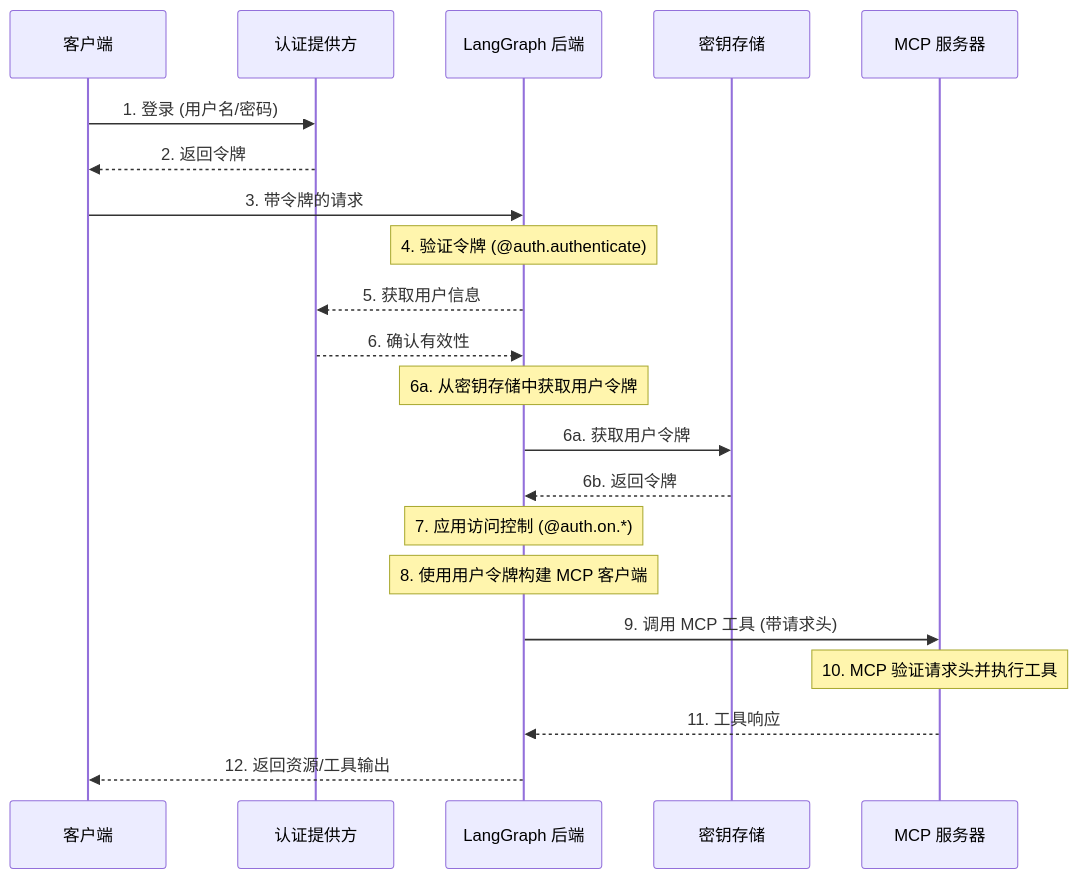
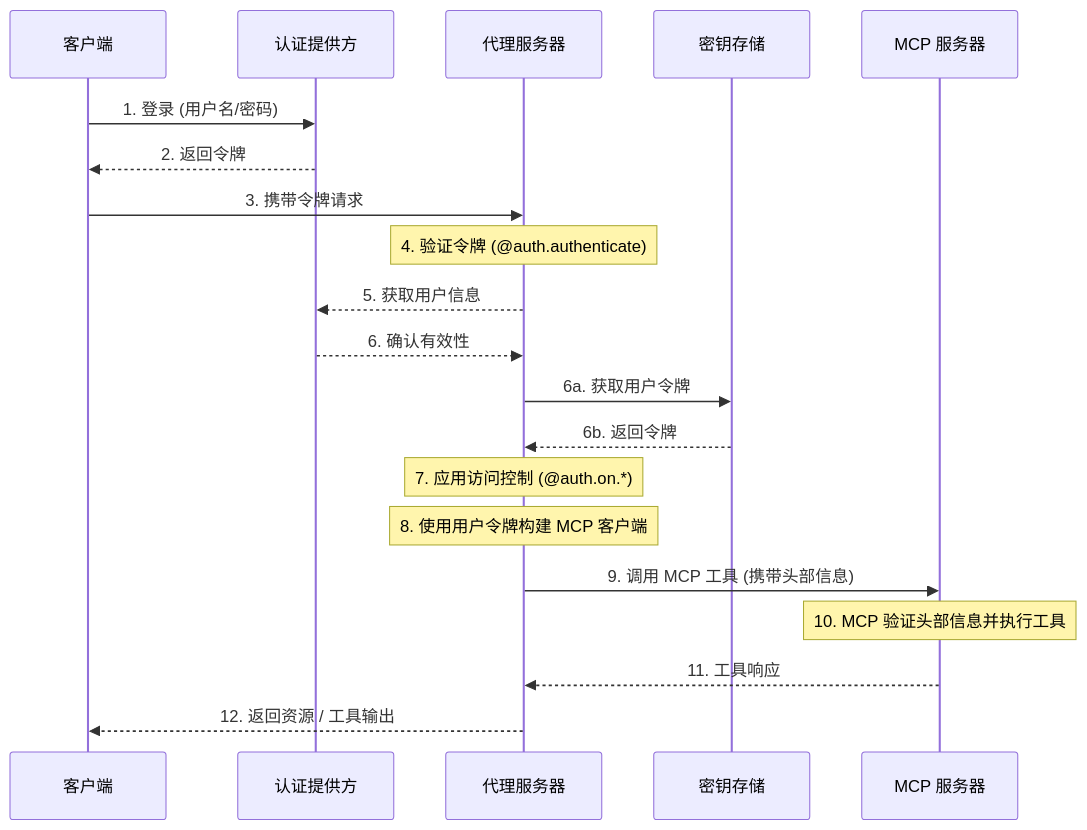
Before and after one commit to ikun-love/langchain-docs: the diagram in src/langsmith/server-mcp.mdx, drawn with Mermaid. The commit also changed other lines of this file and 261 other files, not shown here.

````diff
--- a/src/langsmith/server-mcp.mdx
+++ b/src/langsmith/server-mcp.mdx
@@ -16,34 +16,33 @@
 ```mermaid
 sequenceDiagram
   %% Actors
   participant ClientApp as 客户端
   participant AuthProv  as 认证提供方
-  participant LangGraph as LangGraph 后端
+  participant LangGraph as 代理服务器
   participant SecretStore as 密钥存储
   participant MCPServer as MCP 服务器
 
   %% Platform login / AuthN
   ClientApp  ->> AuthProv: 1. 登录 (用户名/密码)
   AuthProv   -->> ClientApp: 2. 返回令牌
-  ClientApp  ->> LangGraph: 3. 带令牌的请求
+  ClientApp  ->> LangGraph: 3. 携带令牌请求
 
   Note over LangGraph: 4. 验证令牌 (@auth.authenticate)
   LangGraph  -->> AuthProv: 5. 获取用户信息
   AuthProv   -->> LangGraph: 6. 确认有效性
 
   %% Fetch user tokens from secret store
-  Note over LangGraph: 6a. 从密钥存储中获取用户令牌
   LangGraph  ->> SecretStore: 6a. 获取用户令牌
   SecretStore -->> LangGraph: 6b. 返回令牌
 
   Note over LangGraph: 7. 应用访问控制 (@auth.on.*)
 
   %% MCP round-trip
   Note over LangGraph: 8. 使用用户令牌构建 MCP 客户端
-  LangGraph  ->> MCPServer: 9. 调用 MCP 工具 (带请求头)
-  Note over MCPServer: 10. MCP 验证请求头并执行工具
+  LangGraph  ->> MCPServer: 9. 调用 MCP 工具 (携带头部信息)
+  Note over MCPServer: 10. MCP 验证头部信息并执行工具
   MCPServer  -->> LangGraph: 11. 工具响应
 
   %% Return to caller
-  LangGraph  -->> ClientApp: 12. 返回资源/工具输出
+  LangGraph  -->> ClientApp: 12. 返回资源 / 工具输出
 ```
````
